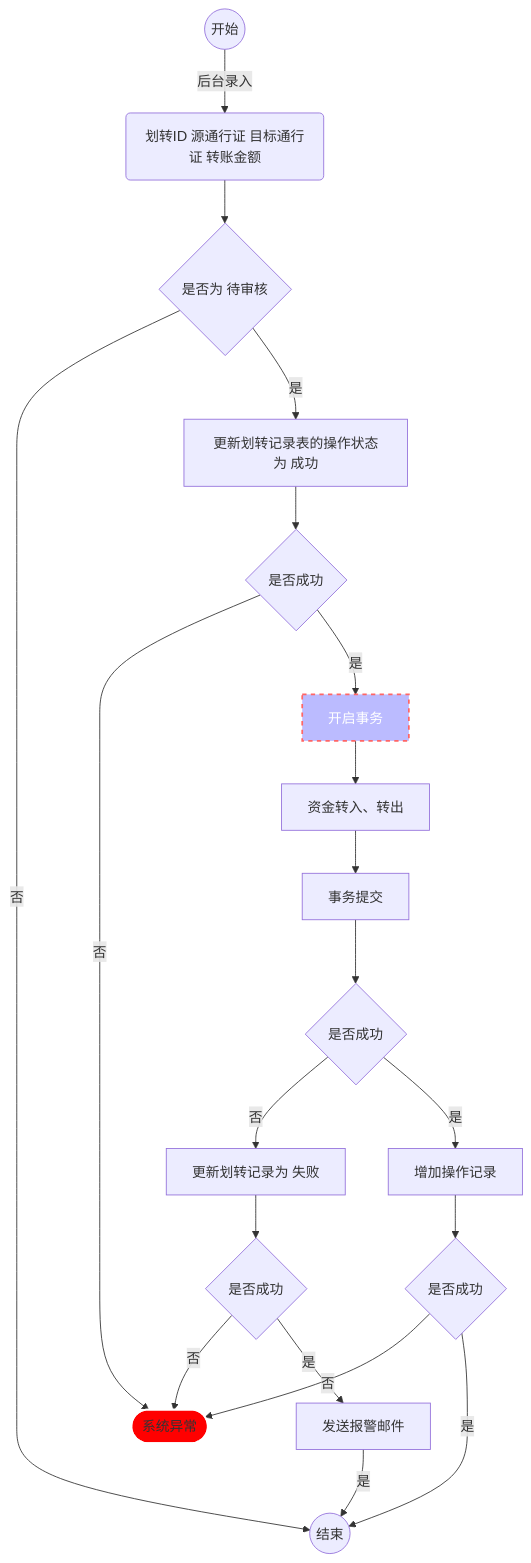
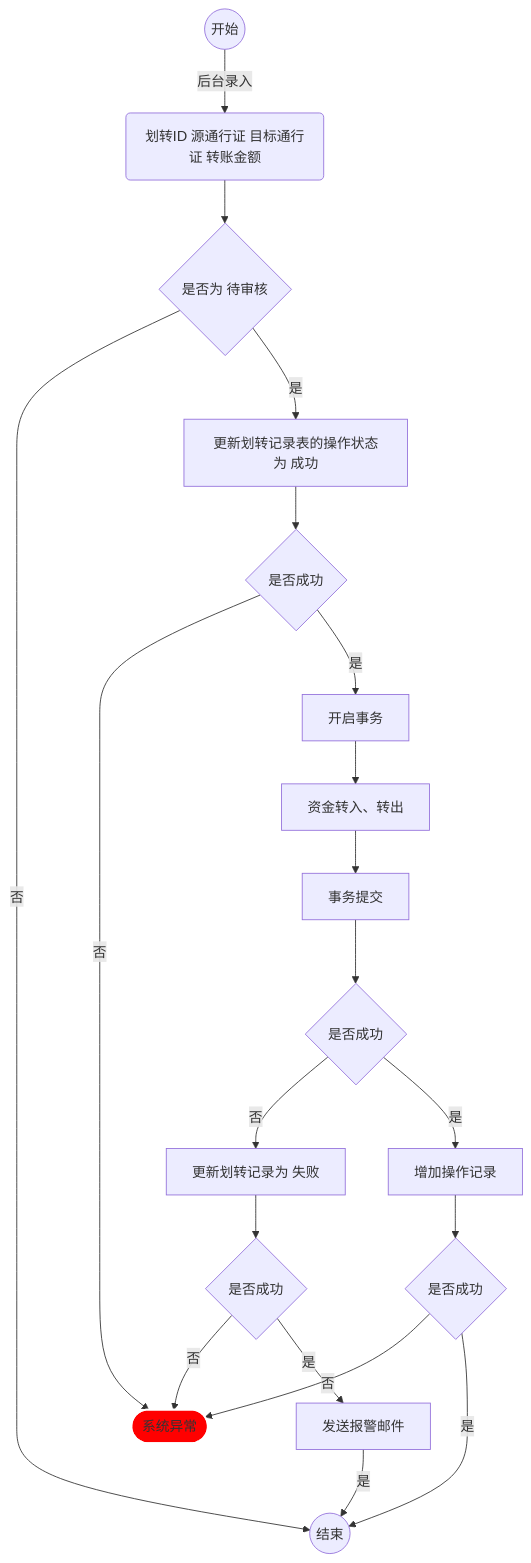
Before and after one commit to ma-luyang/shimobang: the diagram in README.md, drawn with Mermaid.

````diff
--- a/README.md
+++ b/README.md
@@ -3,30 +3,29 @@
 ```mermaid
 flowchart TB
     A((开始)) -->|后台录入| B(划转ID 源通行证 目标通行证 转账金额)
     
     B --> C{是否为 待审核};
     C -->|否|Z((结束));
     C -->|是|D[更新划转记录表的操作状态为 成功];
     
     D --> E{是否成功};
     E -->|否|X([系统异常]);
     E -->|是|F[开启事务];
     F --> G[资金转入、转出];
     G --> H[事务提交];
     
     H --> I{是否成功};
     I -->|否|J[更新划转记录为 失败];
     I -->|是|K[增加操作记录];
     
     K --> L{是否成功};
     L -->|否|X([系统异常]);
     L -->|是|Z((结束));
     
     J --> M{是否成功};
     M -->|否|X([系统异常]);
     M -->|是|N[发送报警邮件];
     N -->|是|Z((结束));
     
     style X fill:#FF0000,stroke:#FFFFFF,stroke-width:2px
-    style F fill:#bbf,stroke:#f66,stroke-width:2px,color:#fff,stroke-dasharray: 5 5
 ```
````
